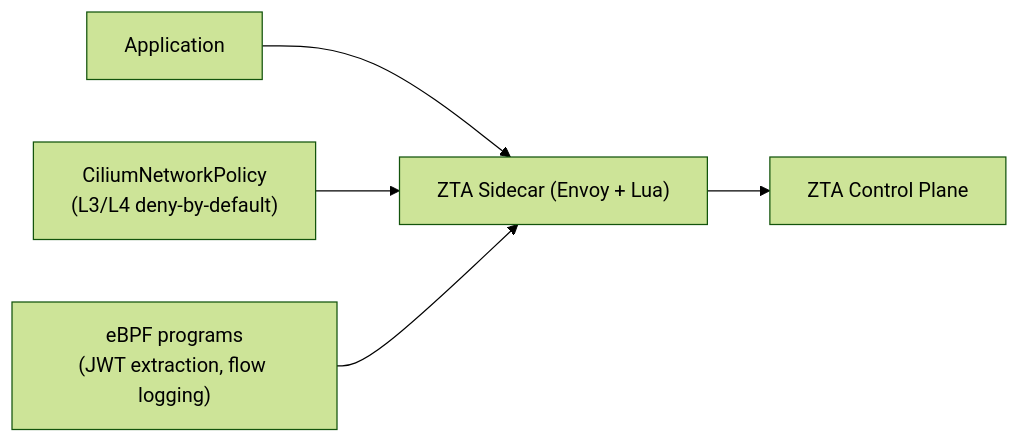
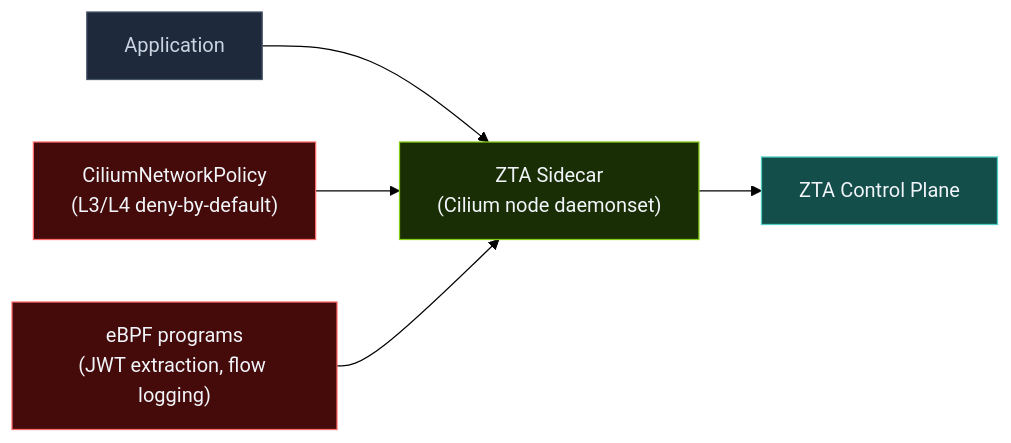
Before and after one commit to outshift-open/CASA: the diagram in docs/ui/docs/deployment-modes/cilium.md, drawn with Mermaid (forest theme). The commit also changed other lines of this file and 8 other files, not shown here.

````diff
--- a/docs/ui/docs/deployment-modes/cilium.md
+++ b/docs/ui/docs/deployment-modes/cilium.md
@@ -19,7 +19,13 @@
 ```mermaid
 graph LR
-    Application --> Sidecar["ZTA Sidecar (Envoy + Lua)"]
+    Application --> Sidecar["ZTA Sidecar\n(Cilium node daemonset)"]
     Sidecar --> ZTA["ZTA Control Plane"]
     CNP["CiliumNetworkPolicy\n(L3/L4 deny-by-default)"] --> Sidecar
     eBPF["eBPF programs\n(JWT extraction, flow logging)"] --> Sidecar
+
+    style Application fill:#1e293b,stroke:#475569,color:#cbd5e1
+    style Sidecar fill:#1a2e05,stroke:#84cc16,color:#f1f5f9
+    style ZTA fill:#134e4a,stroke:#4ecdc4,color:#f1f5f9
+    style CNP fill:#450a0a,stroke:#ff6b6b,color:#f1f5f9
+    style eBPF fill:#450a0a,stroke:#ff6b6b,color:#f1f5f9
 ```
````
